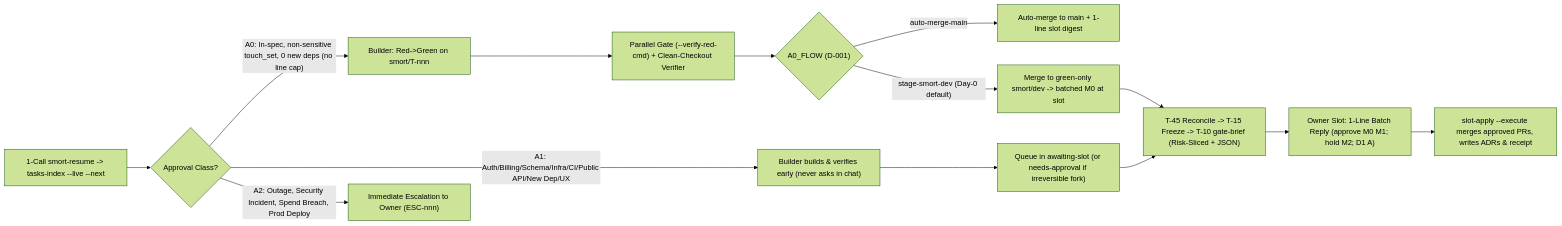
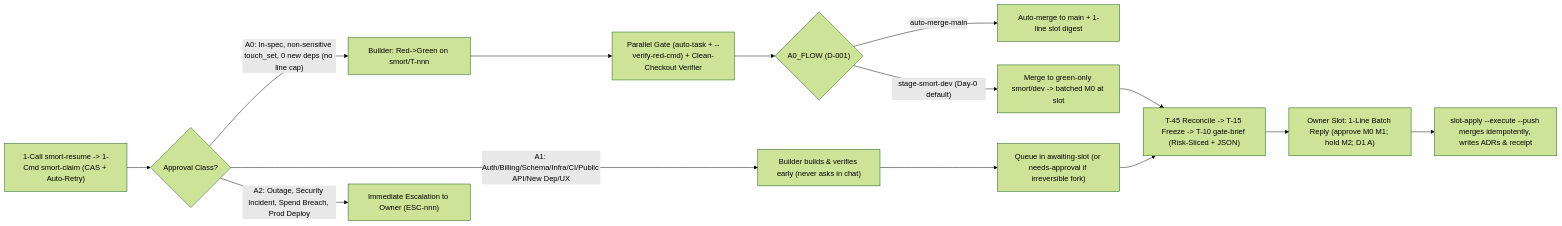
The second of 3 diagrams in README.md (smolboon/smort), drawn with Mermaid (forest theme) before and after one commit. The commit also changed other lines of this file and 3 other files, not shown here.

Commit message:
feat(smort): release smort v8 (2026-11-25.v12) with 34 artifacts, smort-claim, smort-doctor, code-index v4 & 18-suite CI

````diff
--- a/README.md
+++ b/README.md
@@ -220,19 +222,19 @@
 ```mermaid
 flowchart LR
-    T["1-Call smort-resume -> tasks-index --live --next"] --> C{"Approval Class?"}
+    T["1-Call smort-resume -> 1-Cmd smort-claim (CAS + Auto-Retry)"] --> C{"Approval Class?"}
 
     C -->|"A0: In-spec, non-sensitive touch_set, 0 new deps (no line cap)"| B0["Builder: Red->Green on smort/T-nnn"]
-    B0 --> V0["Parallel Gate (--verify-red-cmd) + Clean-Checkout Verifier"]
+    B0 --> V0["Parallel Gate (auto-task + --verify-red-cmd) + Clean-Checkout Verifier"]
     V0 --> P0{"A0_FLOW (D-001)"}
     P0 -->|"auto-merge-main"| M0A["Auto-merge to main + 1-line slot digest"]
     P0 -->|"stage-smort-dev (Day-0 default)"| D0["Merge to green-only smort/dev -> batched M0 at slot"]
 
     C -->|"A1: Auth/Billing/Schema/Infra/CI/Public API/New Dep/UX"| B1["Builder builds & verifies early (never asks in chat)"]
     B1 --> Q1["Queue in awaiting-slot (or needs-approval if irreversible fork)"]
     Q1 --> S1["T-45 Reconcile -> T-15 Freeze -> T-10 gate-brief (Risk-Sliced + JSON)"]
     D0 --> S1
     S1 --> R1["Owner Slot: 1-Line Batch Reply (approve M0 M1; hold M2; D1 A)"]
-    R1 --> M1["slot-apply --execute merges approved PRs, writes ADRs & receipt"]
+    R1 --> M1["slot-apply --execute --push merges idempotently, writes ADRs & receipt"]
 
     C -->|"A2: Outage, Security Incident, Spend Breach, Prod Deploy"| ESC["Immediate Escalation to Owner (ESC-nnn)"]
 ```
````
